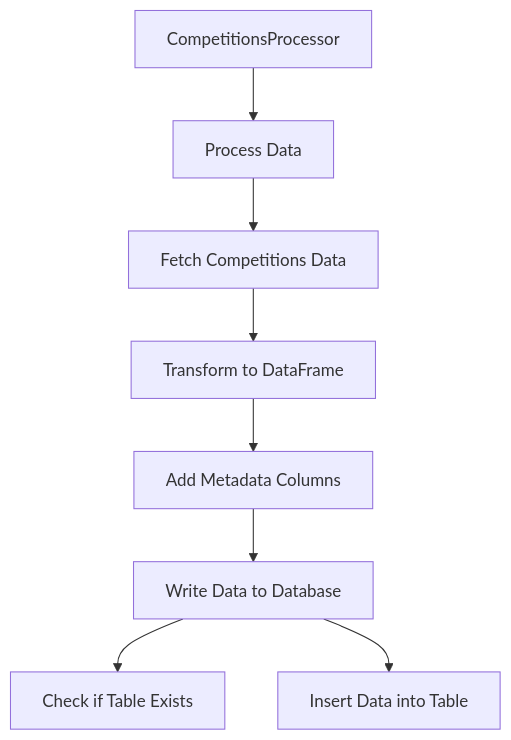
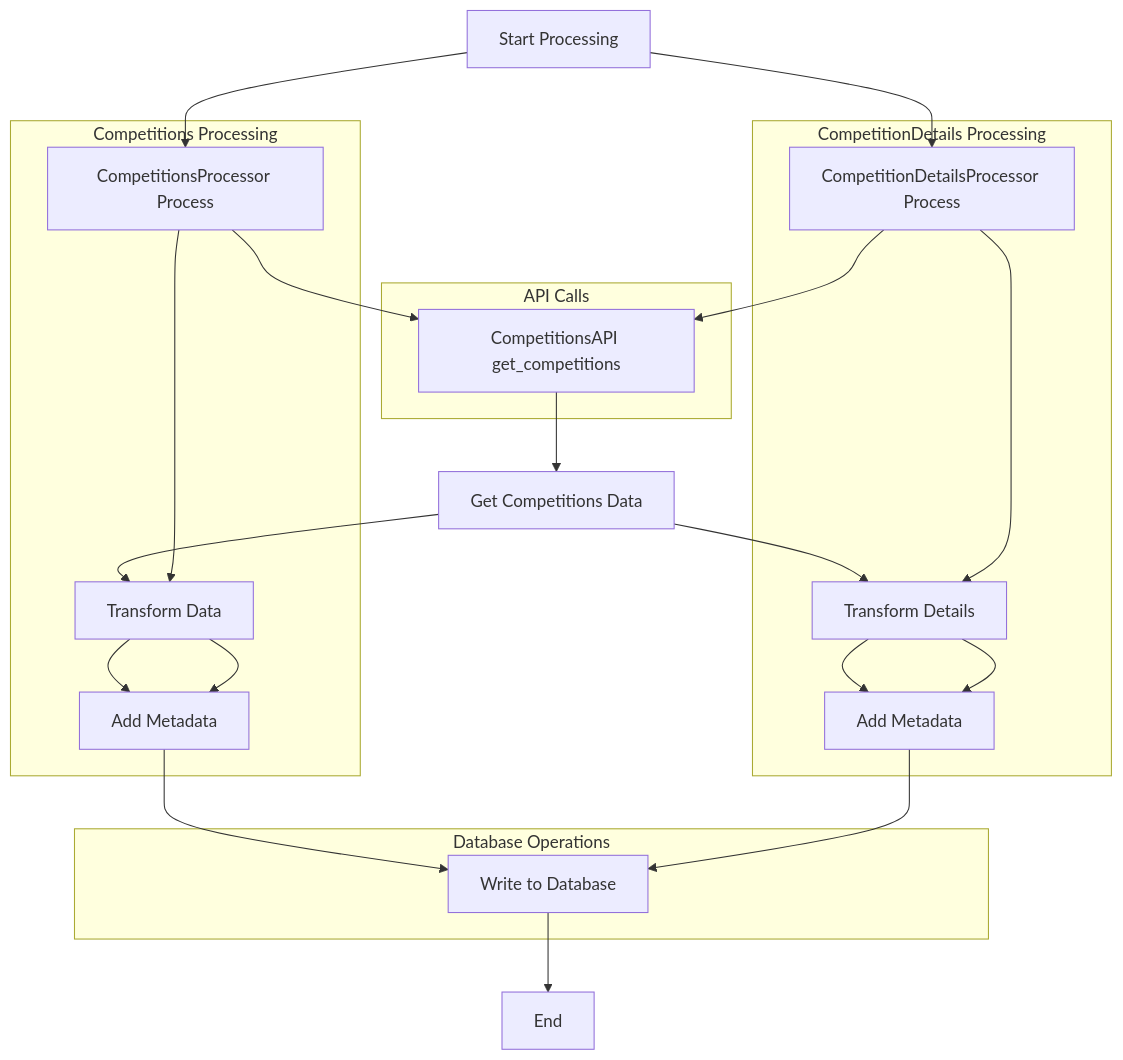
The diagram in docs/extraction/competitions_api.md (AndreFelippeVidal/football-project), drawn with Mermaid before and after one commit. The commit also changed other lines of this file and 10 other files, not shown here.

````diff
--- a/docs/extraction/competitions_api.md
+++ b/docs/extraction/competitions_api.md
@@ -23,11 +4,33 @@
 ```mermaid
-graph TD
-    A[CompetitionsProcessor] --> B[Process Data]
-    B --> C[Fetch Competitions Data]
-    C --> D[Transform to DataFrame]
-    D --> E[Add Metadata Columns]
-    E --> F[Write Data to Database]
-    F --> G[Check if Table Exists]
-    F --> H[Insert Data into Table]
+graph TD;
+    A[Start Processing] --> B[CompetitionsProcessor Process];
+    B --> C[CompetitionsAPI get_competitions];
+    C --> D[Get Competitions Data];
+    D --> E[Transform Data];
+    E --> F[Add Metadata];
+    A --> G[CompetitionDetailsProcessor Process];
+    G --> C
+    D --> I[Transform Details];
+    I --> J[Add Metadata];
+    F --> K[Write to Database]
+    K --> L[End];
+
+    subgraph API Calls
+        C
+    end
+
+    subgraph Competitions Processing
+        B --> E
+        E --> F
+    end
+
+    subgraph CompetitionDetails Processing
+        G --> I
+        I --> J
+    end
+
+    subgraph Database Operations
+        J --> K
+    end
 
 ```
````
